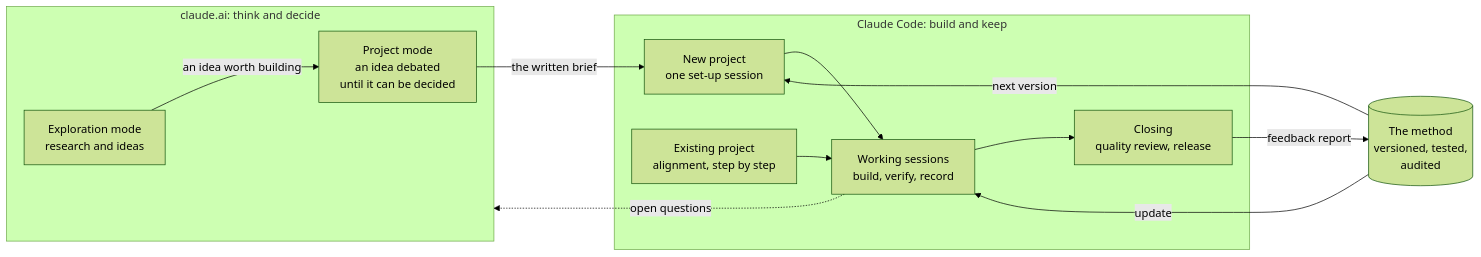
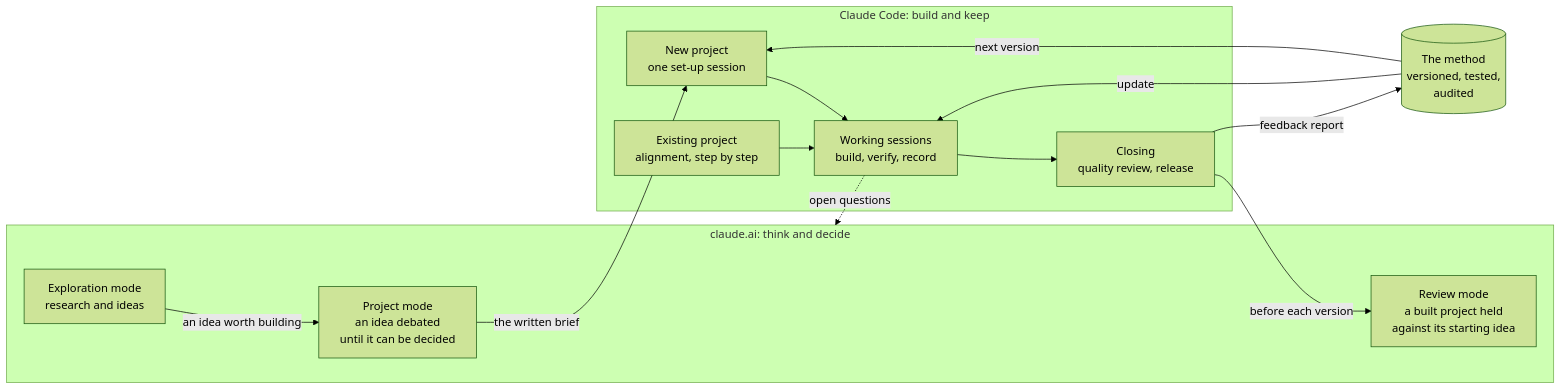
The diagram in docs/ARCHITECTURE.md (Mihai-Streanga/streanga-method-for-claude), drawn with Mermaid (forest theme) before and after one commit. The commit also changed other lines of this file and 3 other files, not shown here.

Commit message:
Showcase: every document at version 3 — seven projects with HarnessCraft, the first started on the method, the nine commands and the review mode in the overview, current figures

````diff
--- a/docs/ARCHITECTURE.md
+++ b/docs/ARCHITECTURE.md
@@ -15,24 +15,26 @@
 ```mermaid
 flowchart LR
     subgraph CHAT["claude.ai: think and decide"]
         EX["Exploration mode<br/>research and ideas"]
         PR["Project mode<br/>an idea debated<br/>until it can be decided"]
+        RV["Review mode<br/>a built project held<br/>against its starting idea"]
         EX -- "an idea worth building" --> PR
     end
 
     subgraph CODE["Claude Code: build and keep"]
         NEW["New project<br/>one set-up session"]
         OLD["Existing project<br/>alignment, step by step"]
         WORK["Working sessions<br/>build, verify, record"]
         CLOSE["Closing<br/>quality review, release"]
         NEW --> WORK
         OLD --> WORK
         WORK --> CLOSE
     end
 
     PR -- "the written brief" --> NEW
     WORK -. "open questions" .-> CHAT
+    CLOSE -- "before each version" --> RV
     CLOSE -- "feedback report" --> M[("The method<br/>versioned, tested,<br/>audited")]
     M -- "next version" --> NEW
     M -- "update" --> WORK
 ```
````
